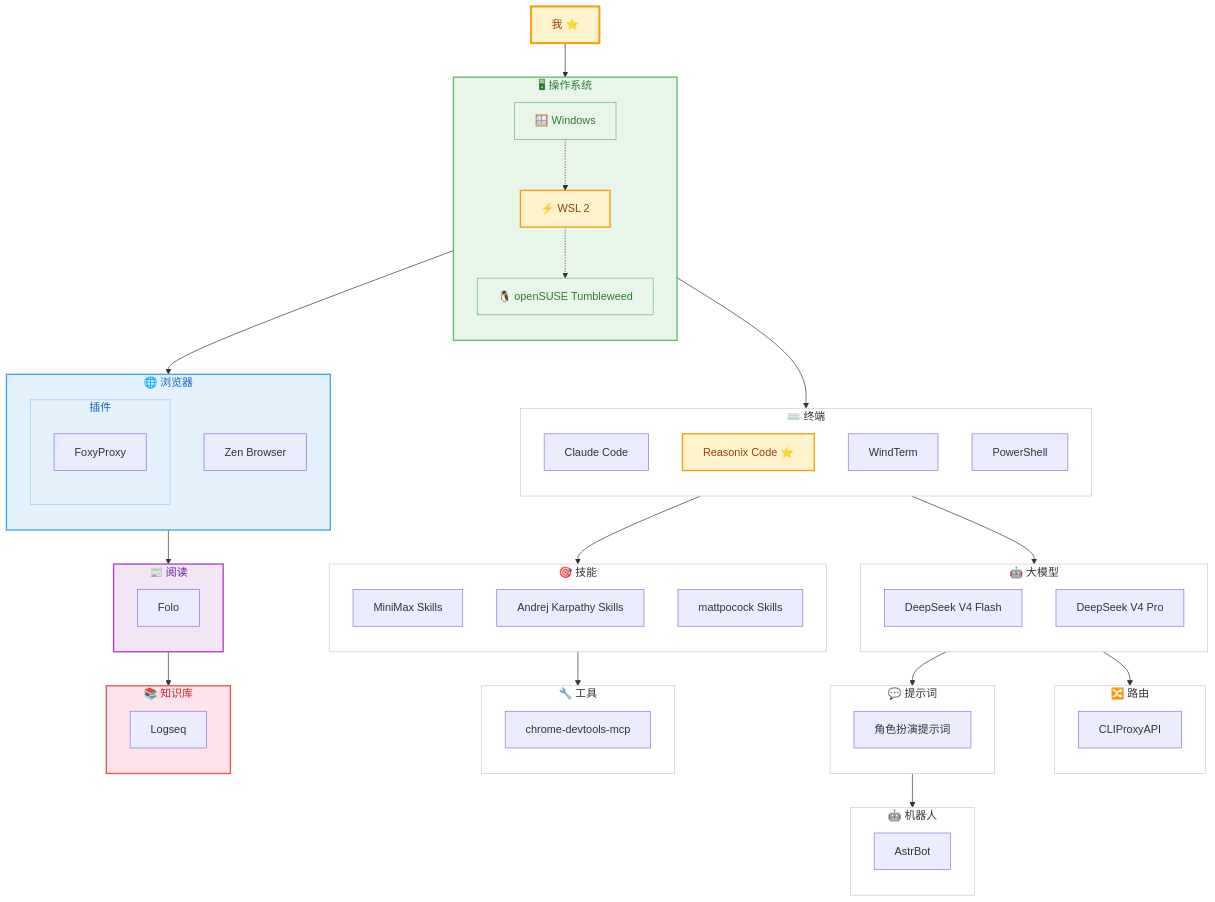
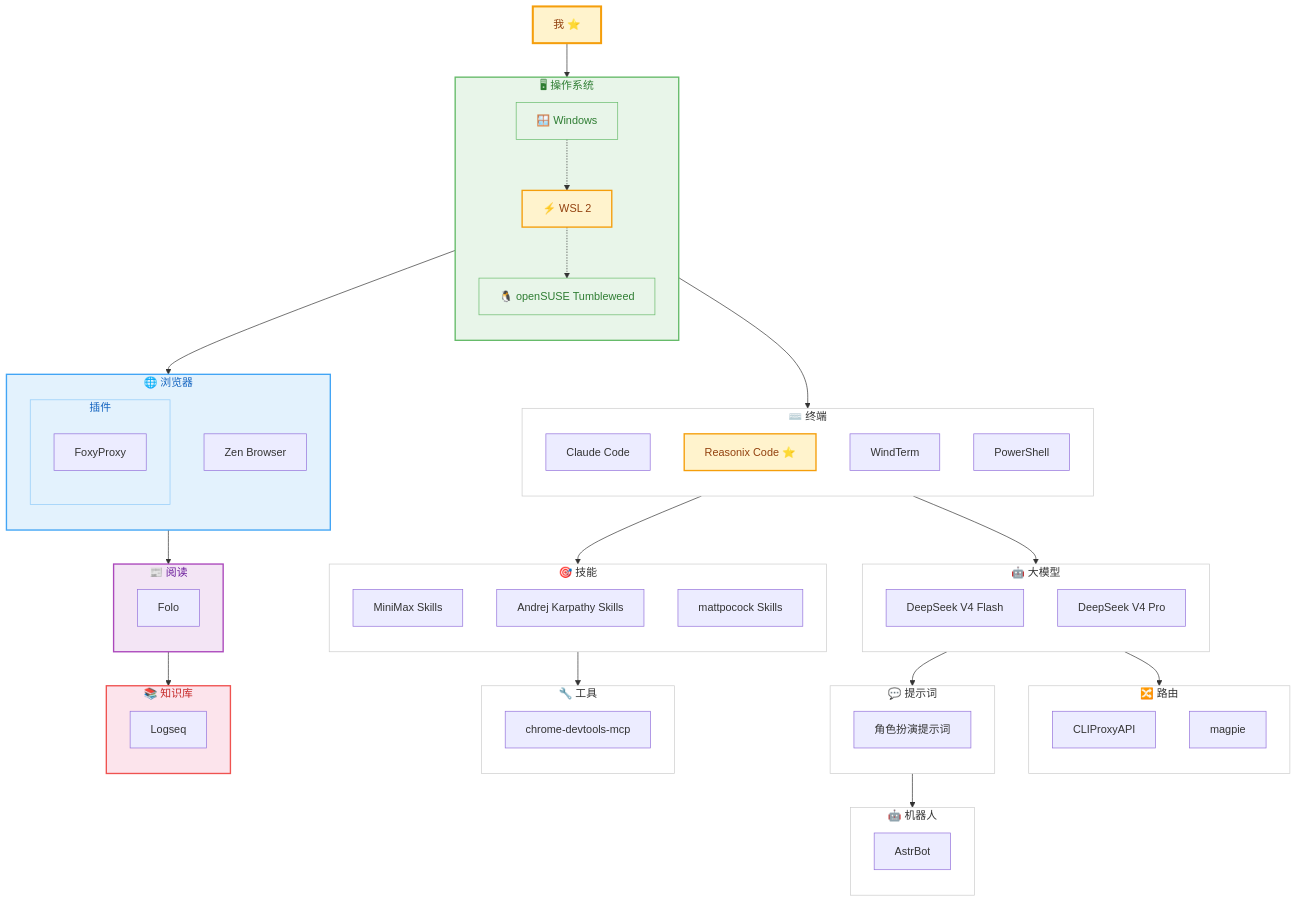
One commit to yuanxin518/ai-path changed the diagram in README.md. Above: the diagram before and after it, drawn with Mermaid. The commit also changed other lines of this file and 1 other file, not shown here.

Commit message:
docs: 路由节点新增 magpie，作为 cc-switch 的替代

```diff
--- a/README.md
+++ b/README.md
@@ -58,6 +58,7 @@
     subgraph N03["🔀 路由"]
         direction TB
         CPA["CLIProxyAPI"]
+        MG["magpie"]
     end
     style N03 fill:#ffffff,stroke:#cccccc,stroke-width:1px,color:#333333
 
```
